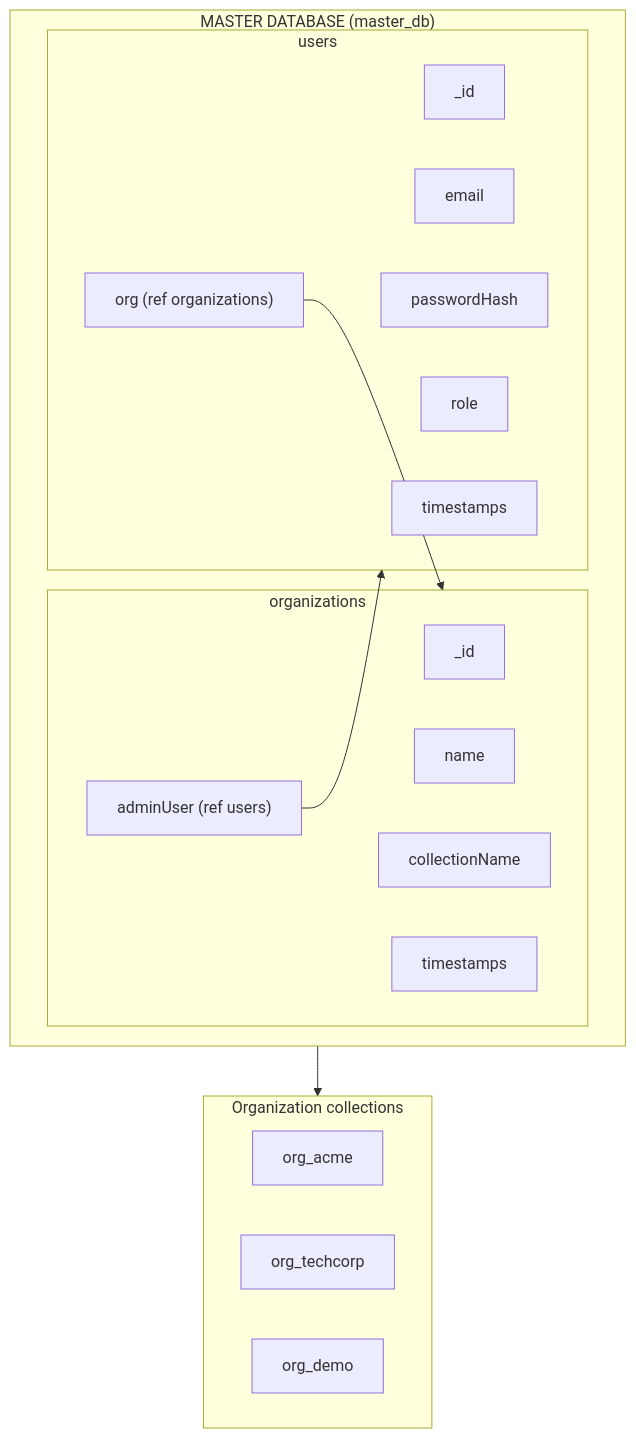
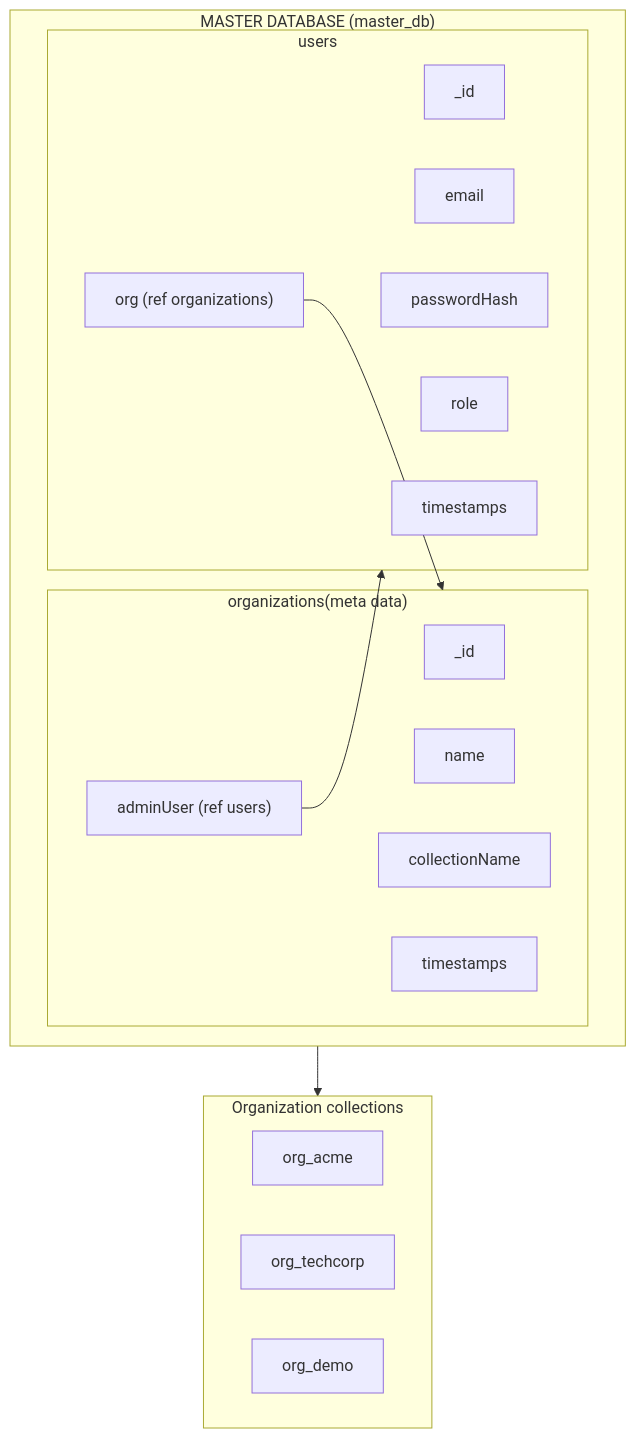
Before and after one commit to kenilsarang96/backend_task: the first of 3 diagrams in README.md, drawn with Mermaid. The commit also changed other lines of this file, not shown here.

````diff
--- a/README.md
+++ b/README.md
@@ -155,33 +36,33 @@
 ```mermaid
 flowchart TB
     subgraph MasterDatabase["MASTER DATABASE (master_db)"]
-        subgraph Orgs["organizations"]
+        subgraph Orgs["organizations(meta data)"]
             O1["_id"]
             O2["name"]
             O3["collectionName"]
             O4["adminUser (ref users)"]
             O5["timestamps"]
         end
 
         subgraph Users["users"]
             U1["_id"]
             U2["email"]
             U3["passwordHash"]
             U4["org (ref organizations)"]
             U5["role"]
             U6["timestamps"]
         end
     end
 
     O4 --> Users
     U4 --> Orgs
 
     MasterDatabase --> Collections
 
     subgraph Collections["Organization collections"]
         C1["org_acme"]
         C2["org_techcorp"]
         C3["org_demo"]
     end
 
 ```
````
